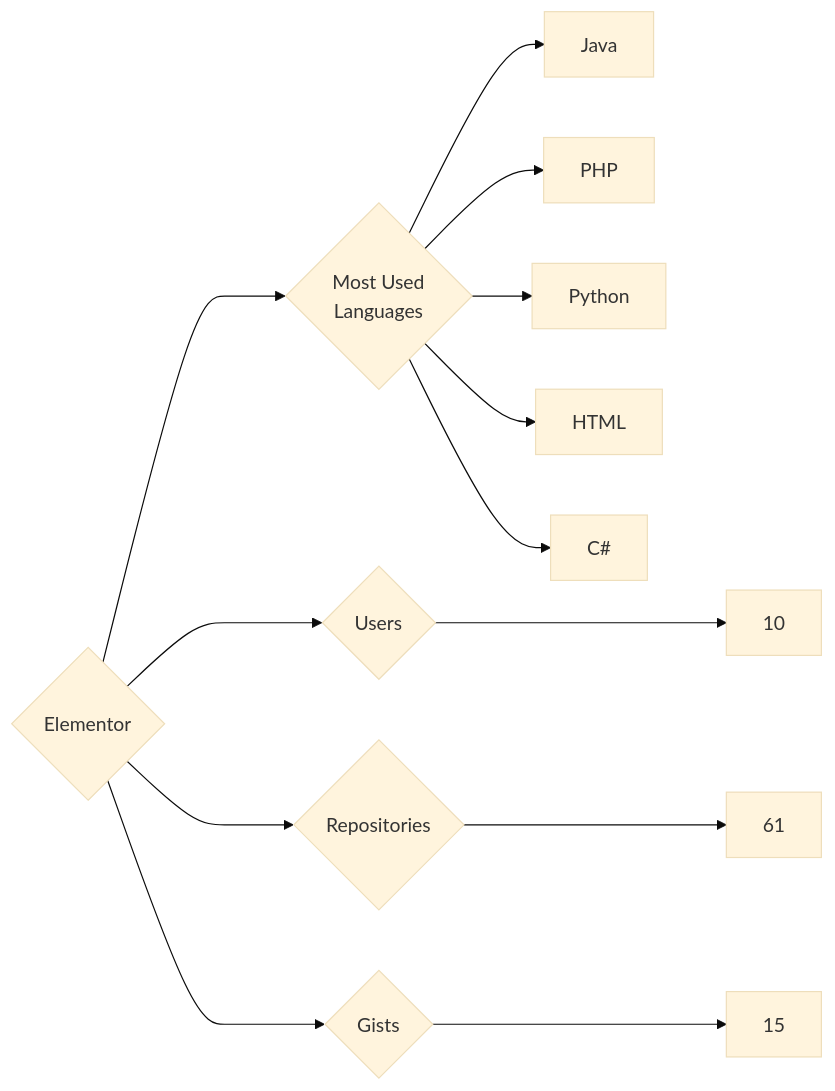
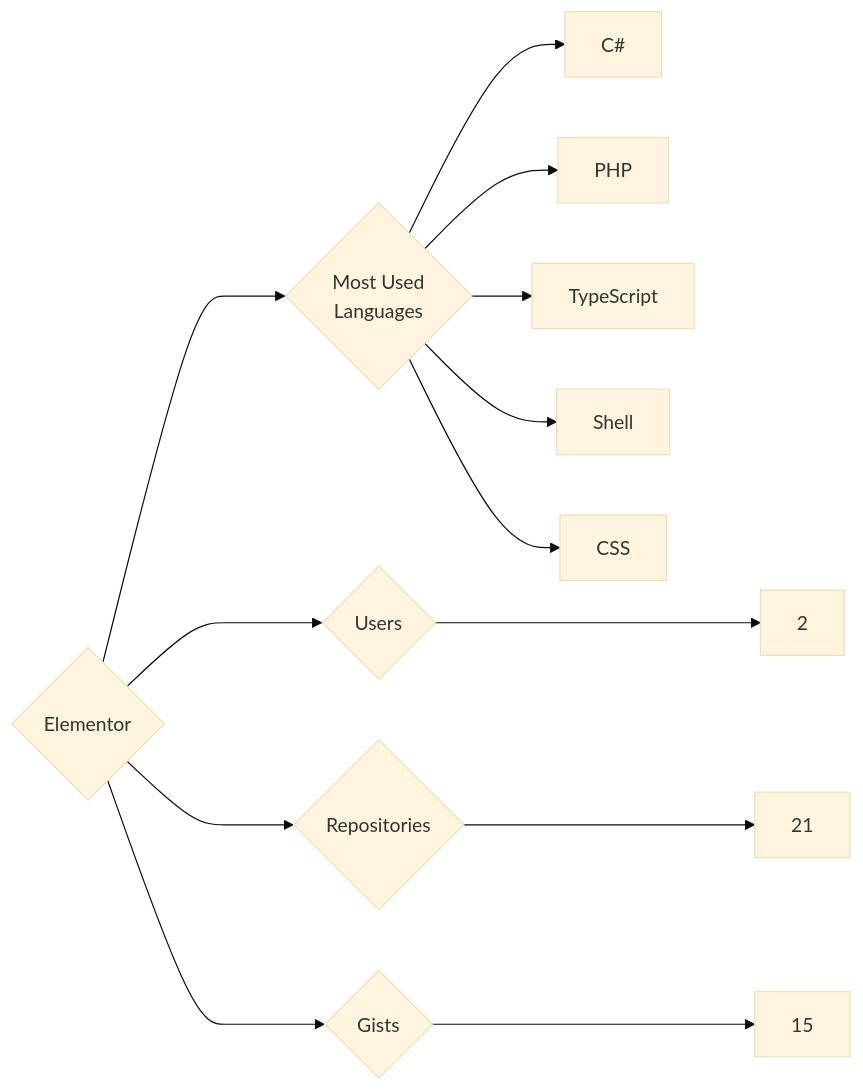
The diagram in targets/Elementor/README.md (trickest/insiders), drawn with Mermaid (base theme) before and after one commit. The commit also changed 823 other files, not shown here.

````diff
--- a/targets/Elementor/README.md
+++ b/targets/Elementor/README.md
@@ -3,13 +3,13 @@
 ```mermaid
 graph LR
 COMPANY_NAME{Elementor}
-COMPANY_NAME ---> U{Users} ---> UN[10]
-COMPANY_NAME ---> R{Repositories} ---> RN[61]
+COMPANY_NAME ---> U{Users} ---> UN[2]
+COMPANY_NAME ---> R{Repositories} ---> RN[21]
 COMPANY_NAME ---> G{Gists} ---> GN[15]
 COMPANY_NAME ---> ML{Most Used<br>Languages}
-ML --> Java[Java]
+ML --> C#[C#]
 ML --> PHP[PHP]
-ML --> Python[Python]
-ML --> HTML[HTML]
-ML --> C#[C#]
+ML --> TypeScript[TypeScript]
+ML --> Shell[Shell]
+ML --> CSS[CSS]
 ```
````
